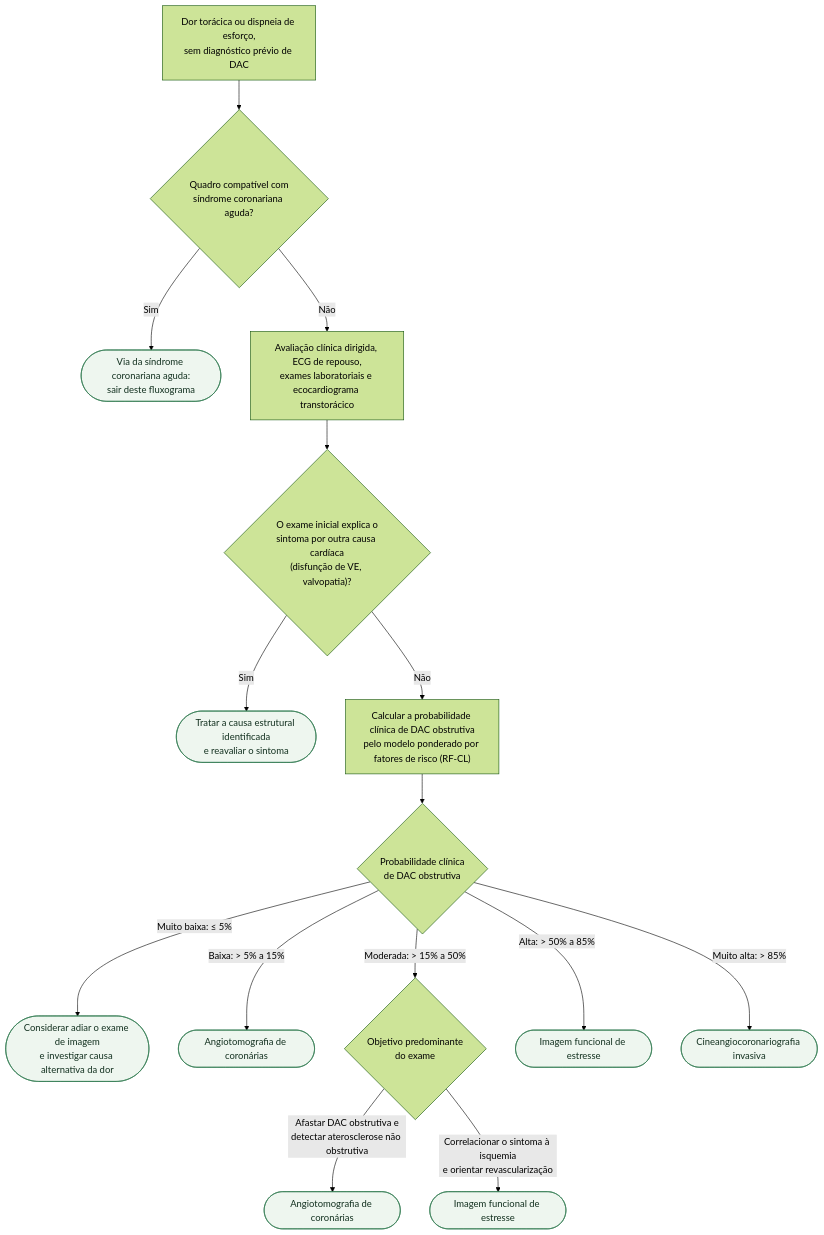
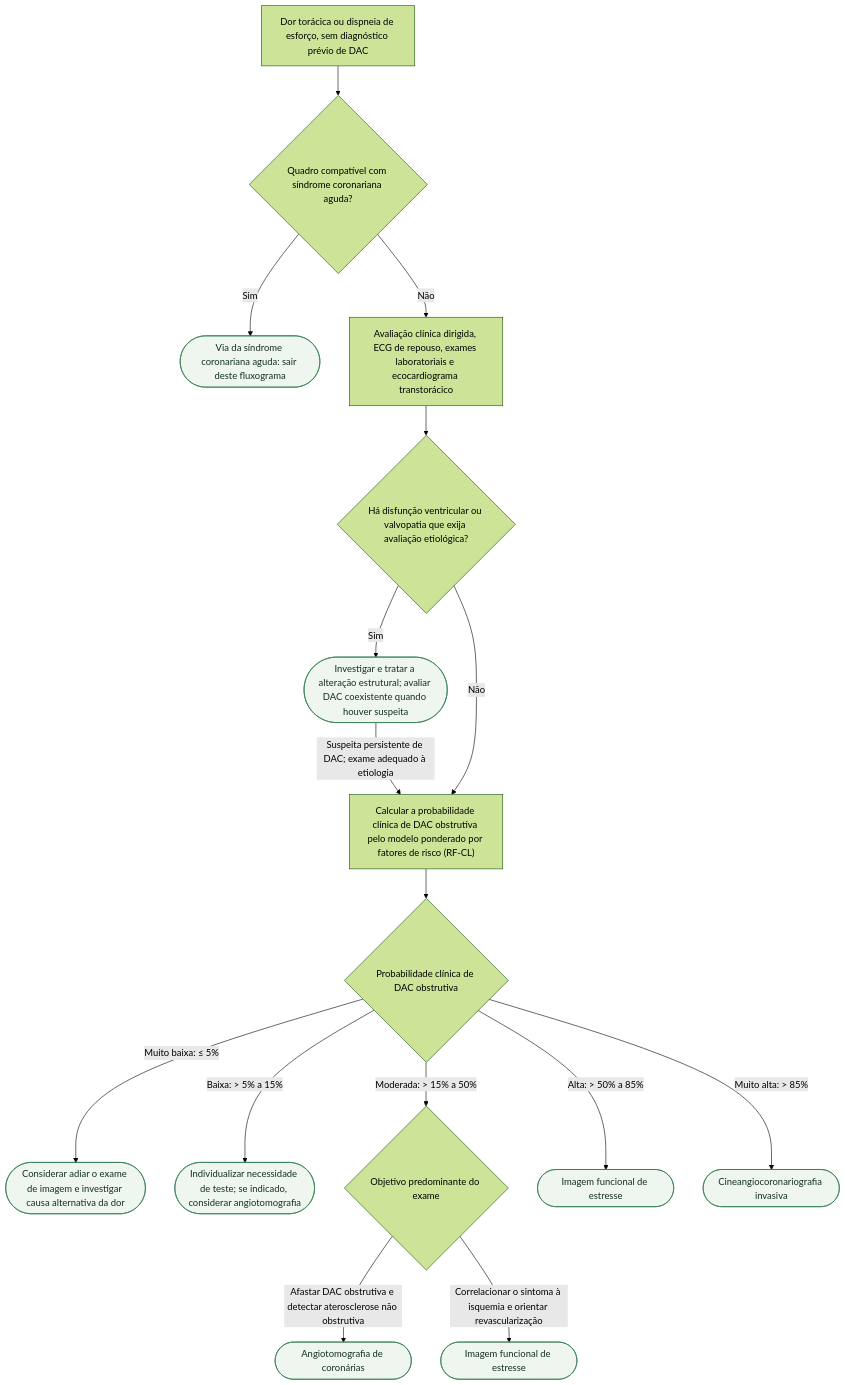
One commit to rafaelpaesmeirelles/MeuCardio changed the diagram in content/Doença_coronariana/fluxograma-sindrome-coronariana-cronica-esc-2024.md. Above: the diagram before and after it, drawn with Mermaid (forest theme). The commit also changed other lines of this file and 41 other files, not shown here.

````diff
--- a/content/Doença_coronariana/fluxograma-sindrome-coronariana-cronica-esc-2024.md
+++ b/content/Doença_coronariana/fluxograma-sindrome-coronariana-cronica-esc-2024.md
@@ -26,32 +40,34 @@
 ```mermaid
 flowchart TD
-  R0["Dor torácica ou dispneia de esforço,<br/>sem diagnóstico prévio de DAC"] --> D1{"Quadro compatível com<br/>síndrome coronariana aguda?"}
+  R0["Dor torácica ou dispneia de esforço, sem diagnóstico prévio de DAC"] --> D1{"Quadro compatível com síndrome coronariana aguda?"}
 
-  D1 -->|"Sim"| C1(["Via da síndrome coronariana aguda:<br/>sair deste fluxograma"])
+  D1 -->|"Sim"| C1(["Via da síndrome coronariana aguda: sair deste fluxograma"])
 
-  D1 -->|"Não"| P1["Avaliação clínica dirigida, ECG de repouso,<br/>exames laboratoriais e ecocardiograma transtorácico"]
+  D1 -->|"Não"| P1["Avaliação clínica dirigida, ECG de repouso, exames laboratoriais e ecocardiograma transtorácico"]
 
-  P1 --> D2{"O exame inicial explica o<br/>sintoma por outra causa cardíaca<br/>(disfunção de VE, valvopatia)?"}
+  P1 --> D2{"Há disfunção ventricular ou valvopatia que exija avaliação etiológica?"}
 
-  D2 -->|"Sim"| C2(["Tratar a causa estrutural identificada<br/>e reavaliar o sintoma"])
+  D2 -->|"Sim"| C2(["Investigar e tratar a alteração estrutural; avaliar DAC coexistente quando houver suspeita"])
 
-  D2 -->|"Não"| P2["Calcular a probabilidade clínica de DAC obstrutiva<br/>pelo modelo ponderado por fatores de risco (RF-CL)"]
+  C2 -->|"Suspeita persistente de DAC; exame adequado à etiologia"| P2
 
-  P2 --> D3{"Probabilidade clínica<br/>de DAC obstrutiva"}
+  D2 -->|"Não"| P2["Calcular a probabilidade clínica de DAC obstrutiva pelo modelo ponderado por fatores de risco (RF-CL)"]
 
-  D3 -->|"Muito baixa: ≤ 5%"| C3(["Considerar adiar o exame de imagem<br/>e investigar causa alternativa da dor"])
+  P2 --> D3{"Probabilidade clínica de DAC obstrutiva"}
 
-  D3 -->|"Baixa: > 5% a 15%"| C4(["Angiotomografia de coronárias"])
+  D3 -->|"Muito baixa: ≤ 5%"| C3(["Considerar adiar o exame de imagem e investigar causa alternativa da dor"])
 
-  D3 -->|"Moderada: > 15% a 50%"| D4{"Objetivo predominante<br/>do exame"}
+  D3 -->|"Baixa: > 5% a 15%"| C4(["Individualizar necessidade de teste; se indicado, considerar angiotomografia"])
 
-  D4 -->|"Afastar DAC obstrutiva e<br/>detectar aterosclerose não obstrutiva"| C5(["Angiotomografia de coronárias"])
-  D4 -->|"Correlacionar o sintoma à isquemia<br/>e orientar revascularização"| C6(["Imagem funcional de estresse"])
+  D3 -->|"Moderada: > 15% a 50%"| D4{"Objetivo predominante do exame"}
+
+  D4 -->|"Afastar DAC obstrutiva e detectar aterosclerose não obstrutiva"| C5(["Angiotomografia de coronárias"])
+  D4 -->|"Correlacionar o sintoma à isquemia e orientar revascularização"| C6(["Imagem funcional de estresse"])
 
   D3 -->|"Alta: > 50% a 85%"| C7(["Imagem funcional de estresse"])
 
   D3 -->|"Muito alta: > 85%"| C8(["Cineangiocoronariografia invasiva"])
 
   classDef conduta fill:#eef6ef,stroke:#2f7a4f,color:#12301f;
   class C1,C2,C3,C4,C5,C6,C7,C8 conduta;
 ```
````
